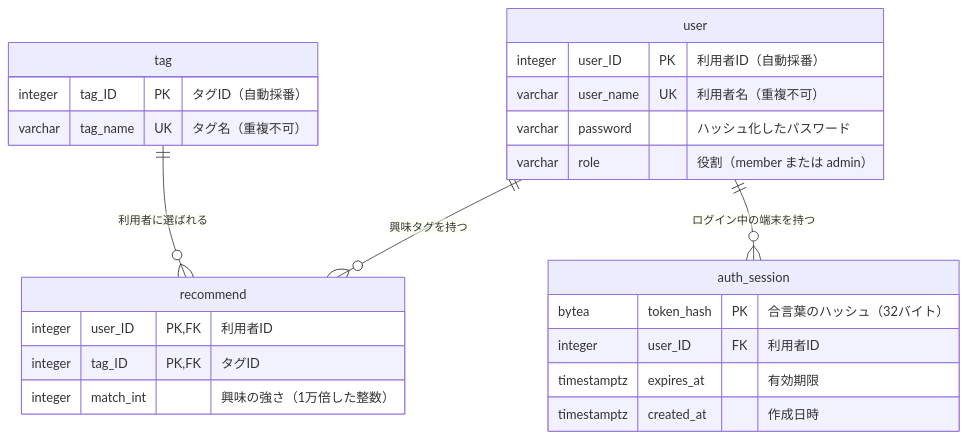
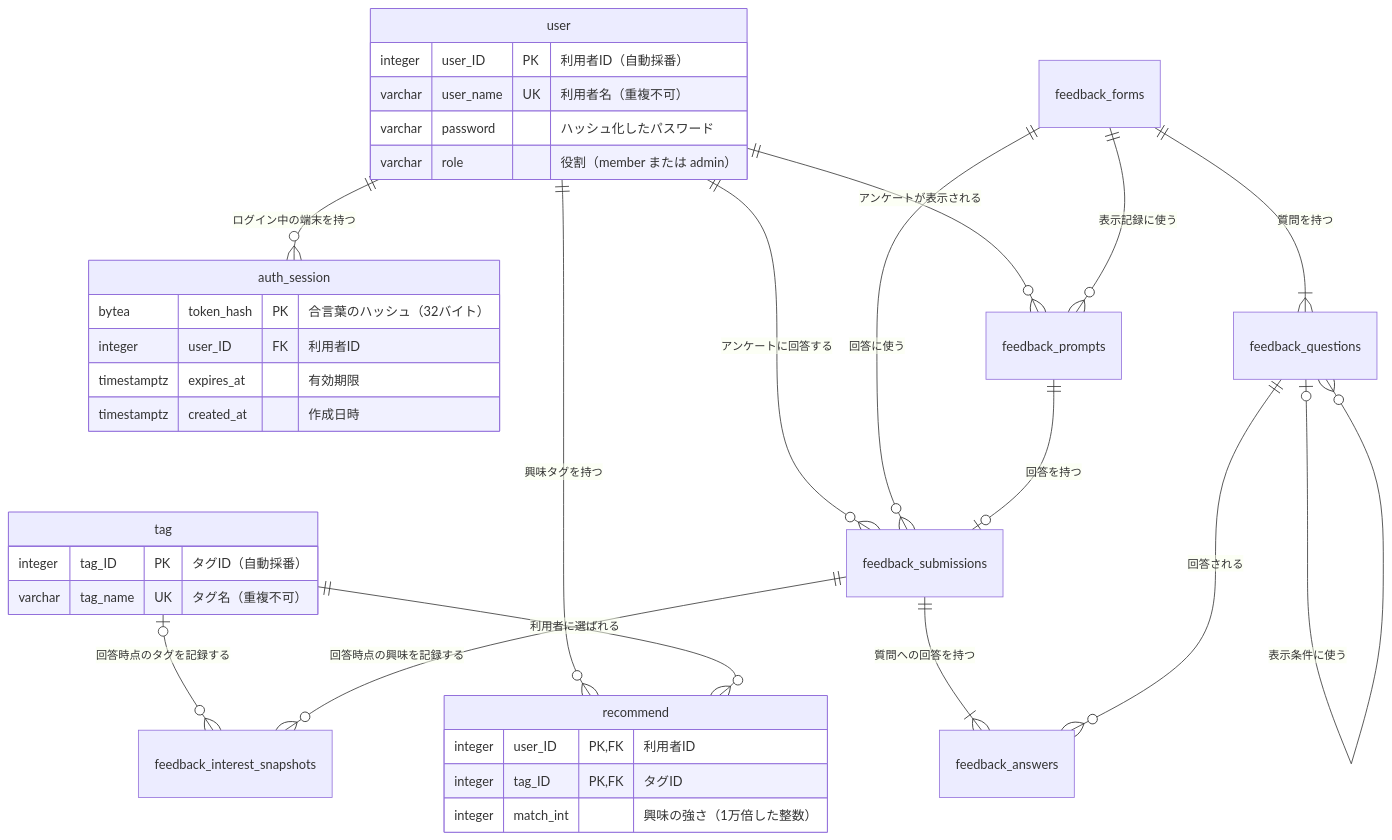
Before and after one commit to H4aruki/MyTechPulse: the diagram in docs/BasicDesignSpecifications/DataBaseArchitecture.md, drawn with Mermaid. The commit also changed other lines of this file and 46 other files, not shown here.

````diff
--- a/docs/BasicDesignSpecifications/DataBaseArchitecture.md
+++ b/docs/BasicDesignSpecifications/DataBaseArchitecture.md
@@ -25,31 +31,42 @@
 ```mermaid
 erDiagram
     user ||--o{ recommend : "興味タグを持つ"
     tag  ||--o{ recommend : "利用者に選ばれる"
     user ||--o{ auth_session : "ログイン中の端末を持つ"
+    user ||--o{ feedback_prompts : "アンケートが表示される"
+    user ||--o{ feedback_submissions : "アンケートに回答する"
+    tag o|--o{ feedback_interest_snapshots : "回答時点のタグを記録する"
+    feedback_forms ||--|{ feedback_questions : "質問を持つ"
+    feedback_forms ||--o{ feedback_prompts : "表示記録に使う"
+    feedback_forms ||--o{ feedback_submissions : "回答に使う"
+    feedback_questions o|--o{ feedback_questions : "表示条件に使う"
+    feedback_prompts ||--o| feedback_submissions : "回答を持つ"
+    feedback_submissions ||--|{ feedback_answers : "質問への回答を持つ"
+    feedback_submissions ||--o{ feedback_interest_snapshots : "回答時点の興味を記録する"
+    feedback_questions ||--o{ feedback_answers : "回答される"
 
     user {
         integer user_ID PK "利用者ID（自動採番）"
         varchar user_name UK "利用者名（重複不可）"
         varchar password "ハッシュ化したパスワード"
         varchar role "役割（member または admin）"
     }
 
     tag {
         integer tag_ID PK "タグID（自動採番）"
         varchar tag_name UK "タグ名（重複不可）"
     }
 
     recommend {
         integer user_ID PK,FK "利用者ID"
         integer tag_ID PK,FK "タグID"
         integer match_int "興味の強さ（1万倍した整数）"
     }
 
     auth_session {
         bytea token_hash PK "合言葉のハッシュ（32バイト）"
         integer user_ID FK "利用者ID"
         timestamptz expires_at "有効期限"
         timestamptz created_at "作成日時"
     }
 ```
````
